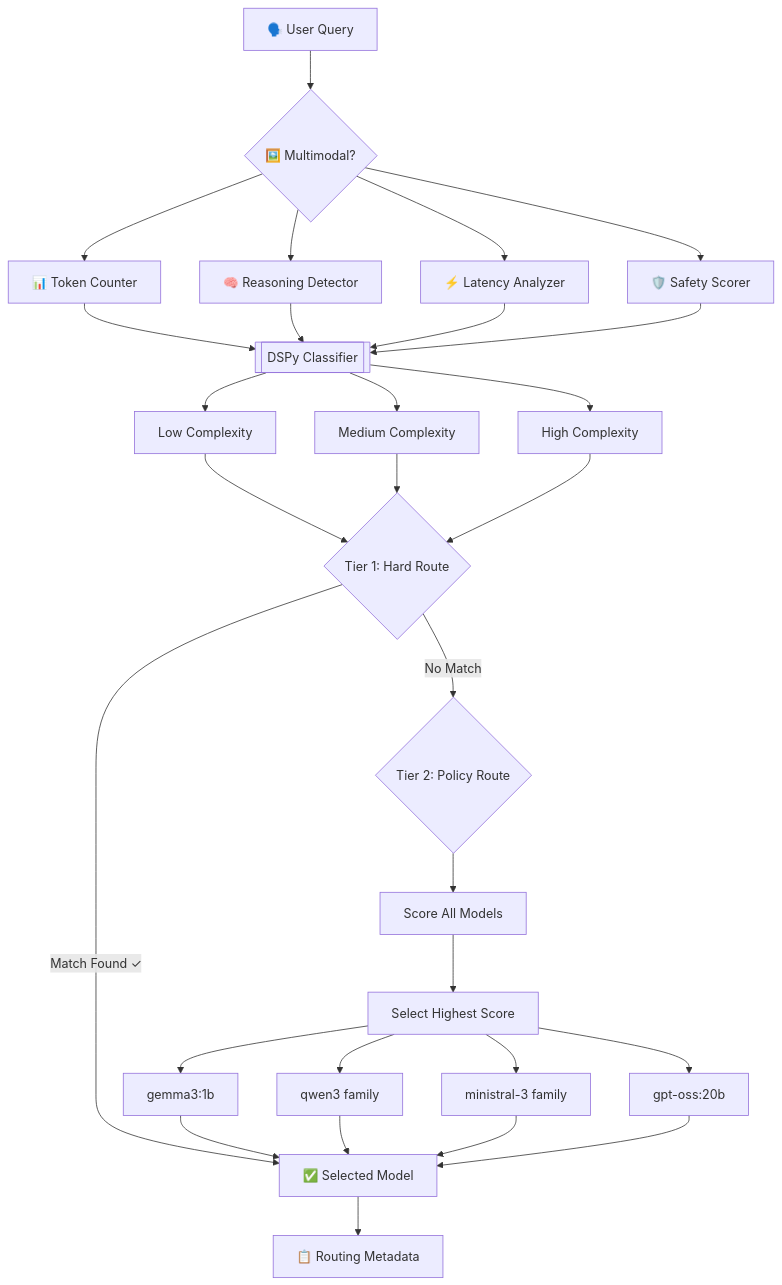
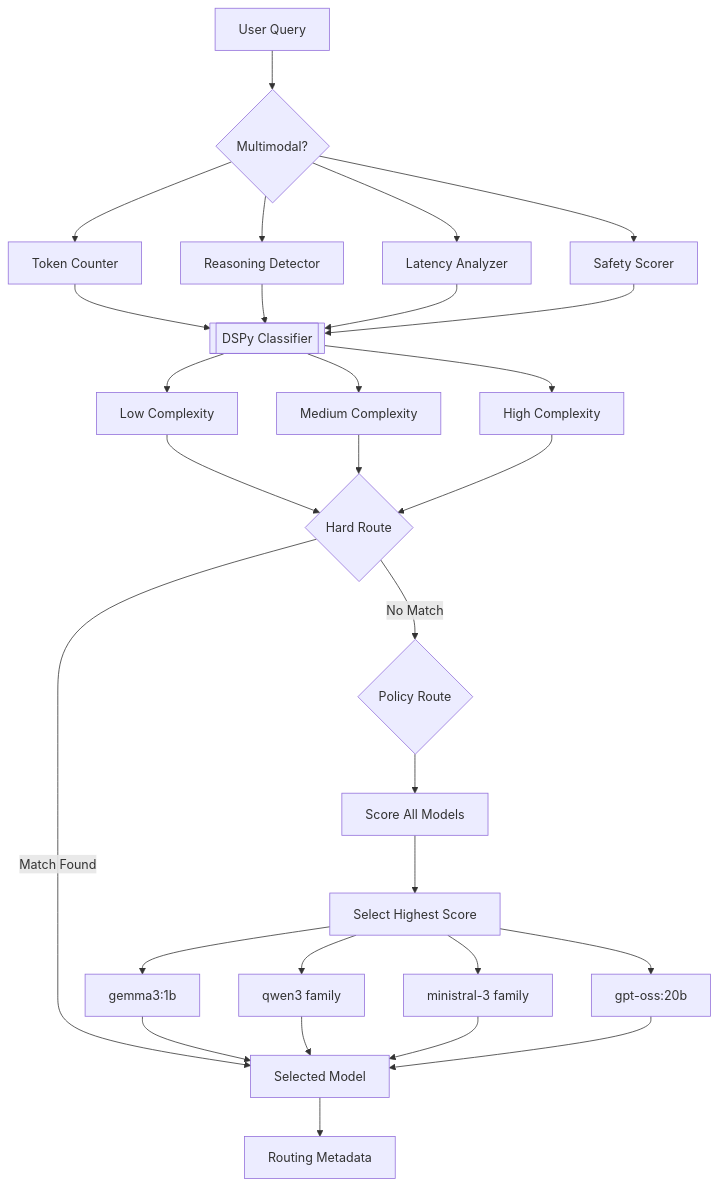
One commit to adityasasidhar/Llm_router changed the diagram in README.md. Above: the diagram before and after it, drawn with Mermaid. The commit also changed other lines of this file, not shown here.

````diff
--- a/README.md
+++ b/README.md
@@ -19,40 +15,40 @@
 ```mermaid
 flowchart TD
-    A["🗣️ User Query"] --> M{"🖼️ Multimodal?"}
+    A[User Query] --> M{Multimodal?}
     
-    M --> B["📊 Token Counter"]
-    M --> C["🧠 Reasoning Detector"]
-    M --> D["⚡ Latency Analyzer"]
-    M --> E["🛡️ Safety Scorer"]
+    M --> B[Token Counter]
+    M --> C[Reasoning Detector]
+    M --> D[Latency Analyzer]
+    M --> E[Safety Scorer]
     
-    B --> F[["DSPy Classifier"]]
+    B --> F[[DSPy Classifier]]
     C --> F
     D --> F
     E --> F
     
-    F --> G["Low Complexity"]
-    F --> H["Medium Complexity"]
-    F --> I["High Complexity"]
+    F --> G[Low Complexity]
+    F --> H[Medium Complexity]
+    F --> I[High Complexity]
     
-    G --> J{"Tier 1: Hard Route"}
+    G --> J{Hard Route}
     H --> J
     I --> J
     
-    J -->|"Match Found ✓"| S["✅ Selected Model"]
-    J -->|"No Match"| K{"Tier 2: Policy Route"}
+    J -->|Match Found| S[Selected Model]
+    J -->|No Match| K{Policy Route}
     
-    K --> L["Score All Models"]
-    L --> N["Select Highest Score"]
+    K --> L[Score All Models]
+    L --> N[Select Highest Score]
     
-    N --> O["gemma3:1b"]
-    N --> P["qwen3 family"]
-    N --> Q["ministral-3 family"]
-    N --> R["gpt-oss:20b"]
+    N --> O[gemma3:1b]
+    N --> P[qwen3 family]
+    N --> Q[ministral-3 family]
+    N --> R[gpt-oss:20b]
     
     O --> S
     P --> S
     Q --> S
     R --> S
     
-    S --> T["📋 Routing Metadata"]
+    S --> T[Routing Metadata]
 ```
````
